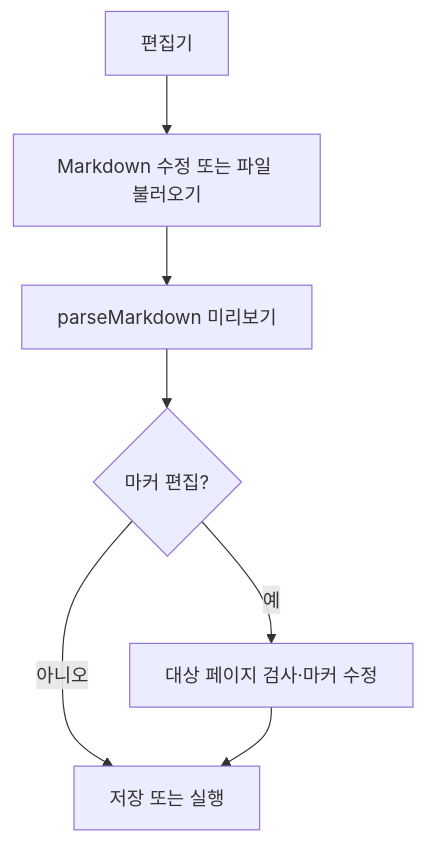
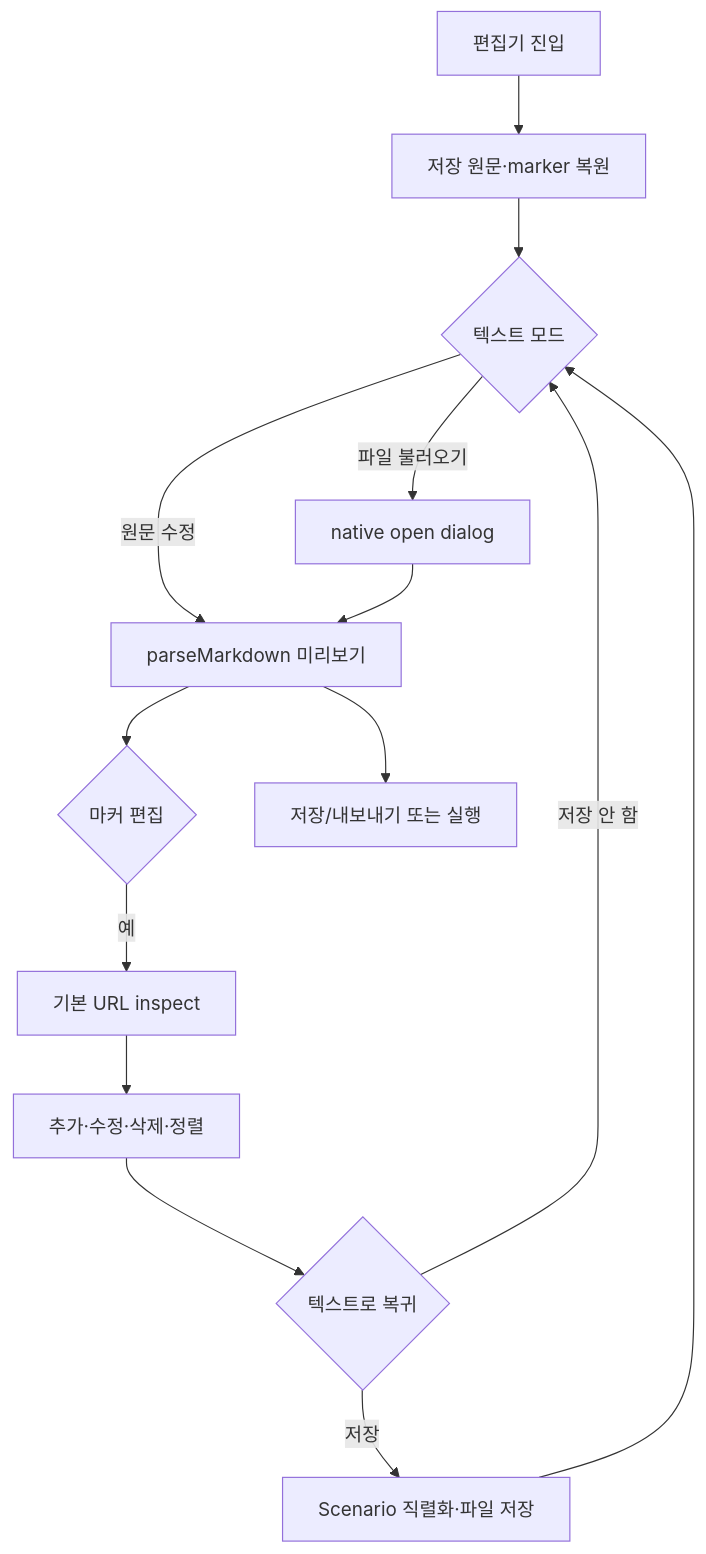
The diagram in docs/04-pages/020-scenario-editor/02-userflow.md (ph-1dnjs/checkly), drawn with Mermaid before and after one commit. The commit also changed other lines of this file and 35 other files, not shown here.

Commit message:
docs: 시나리오 실행 및 설정 관련 문서 구조 개선 - IPC 변경사항과 명령어·이벤트 구조를 반영하여 API 연동 문서 수정 - 시나리오 실행 및 설정 관련 예외 케이스 문서 보완 - 설정 기능의 개요 및 사용자 플로우 문서 추가 - 여러 영역의 README 구조와 가독성 개선 - 함수 및 컴포넌트의 역할과 데이터 흐름이 명확하도록 문서 정리 - 배포 절차를 구체화하고 미검증 프로세스에 대한 주의사항 추가

````diff
--- a/docs/04-pages/020-scenario-editor/02-userflow.md
+++ b/docs/04-pages/020-scenario-editor/02-userflow.md
@@ -3,9 +3,16 @@
 ```mermaid
 flowchart TD
-  A[편집기] --> B[Markdown 수정 또는 파일 불러오기]
-  B --> C[parseMarkdown 미리보기]
-  C --> D{마커 편집?}
-  D -->|예| E[대상 페이지 검사·마커 수정]
-  D -->|아니오| F[저장 또는 실행]
-  E --> F
+  A[편집기 진입] --> B[저장 원문·marker 복원]
+  B --> C{텍스트 모드}
+  C -->|원문 수정| D[parseMarkdown 미리보기]
+  C -->|파일 불러오기| E[native open dialog]
+  E --> D
+  D --> F{마커 편집}
+  F -->|예| G[기본 URL inspect]
+  G --> H[추가·수정·삭제·정렬]
+  H --> I{텍스트로 복귀}
+  I -->|저장| J[Scenario 직렬화·파일 저장]
+  I -->|저장 안 함| C
+  D --> K[저장/내보내기 또는 실행]
+  J --> C
 ```
````
